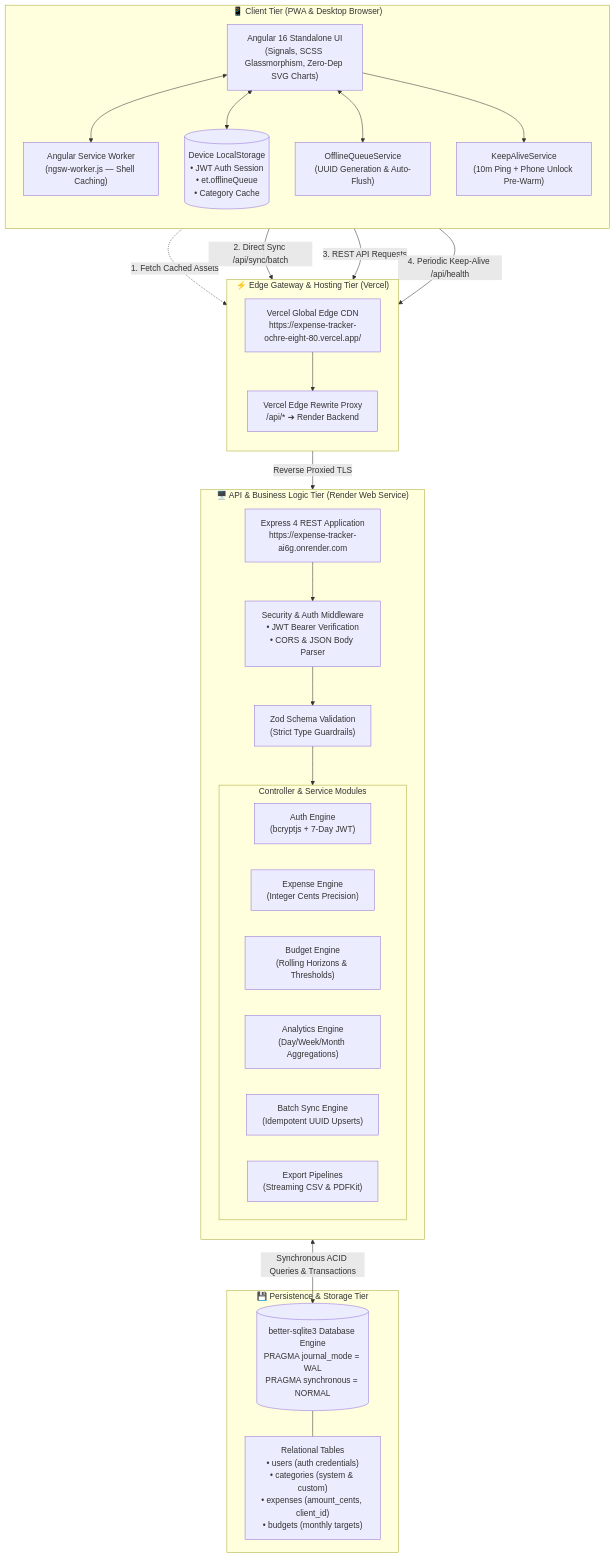
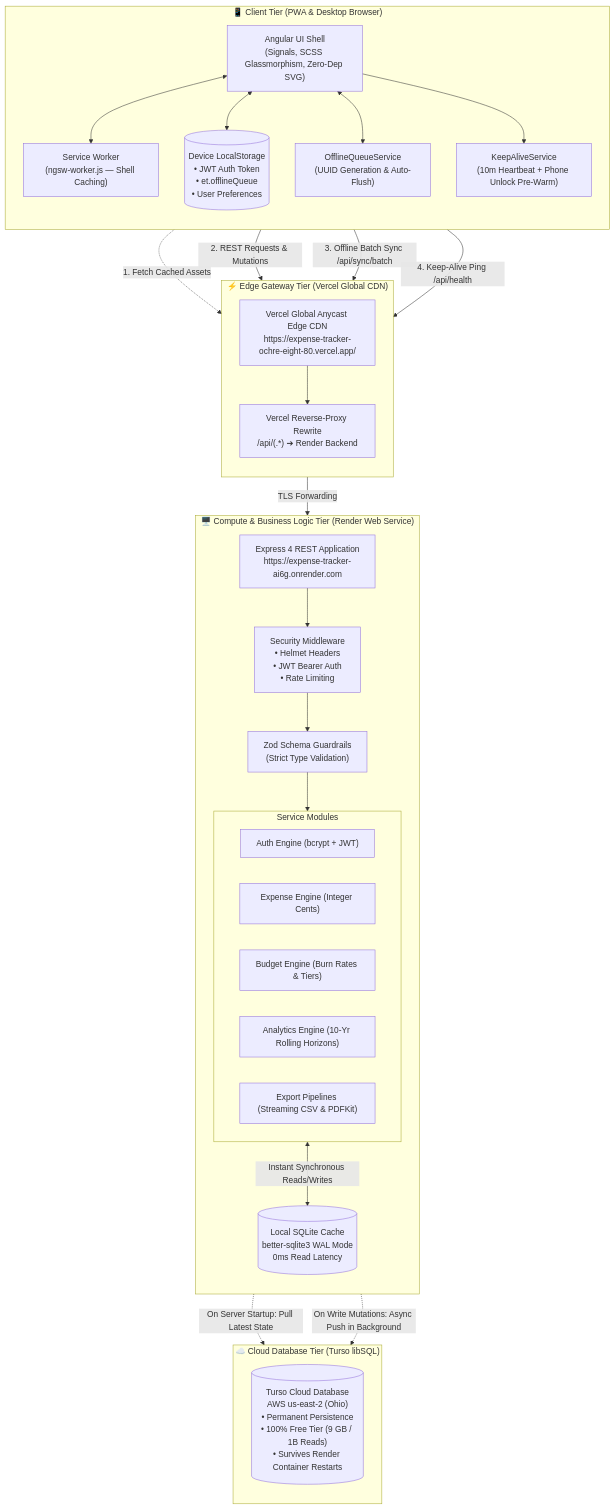
One commit to ravidaliparthy/Expense-Tracker changed the first of 2 diagrams in README.md. Above: the diagram before and after it, drawn with Mermaid. The commit also changed other lines of this file and 1 other file, not shown here.

Commit message:
docs: overhaul READMEs with 4-tier hybrid cloud architecture, Turso integration, and free-tier capacity breakdown

````diff
--- a/README.md
+++ b/README.md
@@ -111,55 +74,59 @@
 ```mermaid
 flowchart TD
     subgraph CLIENT["📱 Client Tier (PWA & Desktop Browser)"]
         direction TB
-        UI["Angular 16 Standalone UI<br/>(Signals, SCSS Glassmorphism, Zero-Dep SVG Charts)"]
-        SW["Angular Service Worker<br/>(ngsw-worker.js — Shell Caching)"]
-        LS[("Device LocalStorage<br/>• JWT Auth Session<br/>• et.offlineQueue<br/>• Category Cache")]
+        UI["Angular UI Shell<br/>(Signals, SCSS Glassmorphism, Zero-Dep SVG)"]
+        SW["Service Worker<br/>(ngsw-worker.js — Shell Caching)"]
+        LS[("Device LocalStorage<br/>• JWT Auth Token<br/>• et.offlineQueue<br/>• User Preferences")]
         OQS["OfflineQueueService<br/>(UUID Generation & Auto-Flush)"]
-        KAS["KeepAliveService<br/>(10m Ping + Phone Unlock Pre-Warm)"]
+        KAS["KeepAliveService<br/>(10m Heartbeat + Phone Unlock Pre-Warm)"]
 
         UI <--> SW
         UI <--> LS
         UI <--> OQS
         UI --> KAS
     end
 
-    subgraph EDGE["⚡ Edge Gateway & Hosting Tier (Vercel)"]
+    subgraph EDGE["⚡ Edge Gateway Tier (Vercel Global CDN)"]
         direction TB
-        V_CDN["Vercel Global Edge CDN<br/>https://expense-tracker-ochre-eight-80.vercel.app/"]
-        V_REWRITE["Vercel Edge Rewrite Proxy<br/>/api/* ➔ Render Backend"]
-        V_CDN --> V_REWRITE
+        V_CDN["Vercel Global Anycast Edge CDN<br/>https://expense-tracker-ochre-eight-80.vercel.app/"]
+        V_PROXY["Vercel Reverse-Proxy Rewrite<br/>/api/(.*) ➔ Render Backend"]
+        V_CDN --> V_PROXY
     end
 
-    subgraph SERVER["🖥️ API & Business Logic Tier (Render Web Service)"]
+    subgraph SERVER["🖥️ Compute & Business Logic Tier (Render Web Service)"]
         direction TB
-        EXP["Express 4 REST Application<br/>https://expense-tracker-ai6g.onrender.com"]
-        MW["Security & Auth Middleware<br/>• JWT Bearer Verification<br/>• CORS & JSON Body Parser"]
-        ZOD["Zod Schema Validation<br/>(Strict Type Guardrails)"]
-        
-        subgraph MODULES["Controller & Service Modules"]
-            AUTH_M["Auth Engine<br/>(bcryptjs + 7-Day JWT)"]
-            EXP_M["Expense Engine<br/>(Integer Cents Precision)"]
-            BUD_M["Budget Engine<br/>(Rolling Horizons & Thresholds)"]
-            ANA_M["Analytics Engine<br/>(Day/Week/Month Aggregations)"]
-            SYNC_M["Batch Sync Engine<br/>(Idempotent UUID Upserts)"]
-            EXP_STR["Export Pipelines<br/>(Streaming CSV & PDFKit)"]
+        API["Express 4 REST Application<br/>https://expense-tracker-ai6g.onrender.com"]
+        MW["Security Middleware<br/>• Helmet Headers<br/>• JWT Bearer Auth<br/>• Rate Limiting"]
+        ZOD["Zod Schema Guardrails<br/>(Strict Type Validation)"]
+
+        subgraph ENGINES["Service Modules"]
+            AUTH["Auth Engine (bcrypt + JWT)"]
+            EXP["Expense Engine (Integer Cents)"]
+            BUD["Budget Engine (Burn Rates & Tiers)"]
+            ANA["Analytics Engine (10-Yr Rolling Horizons)"]
+            EXP_STR["Export Pipelines (Streaming CSV & PDFKit)"]
         end
 
-        EXP --> MW --> ZOD --> MODULES
+        LOCAL_SQLITE[("Local SQLite Cache<br/>better-sqlite3 WAL Mode<br/>0ms Read Latency")]
+
+        API --> MW --> ZOD --> ENGINES
+        ENGINES <-->|Instant Synchronous Reads/Writes| LOCAL_SQLITE
     end
 
-    subgraph DATA["💾 Persistence & Storage Tier"]
-        SQLITE[("better-sqlite3 Database Engine<br/>PRAGMA journal_mode = WAL<br/>PRAGMA synchronous = NORMAL")]
-        TABLES["Relational Tables<br/>• users (auth credentials)<br/>• categories (system & custom)<br/>• expenses (amount_cents, client_id)<br/>• budgets (monthly targets)"]
-        SQLITE --- TABLES
+    subgraph CLOUD_DB["☁️ Cloud Database Tier (Turso libSQL)"]
+        direction TB
+        TURSO[("Turso Cloud Database<br/>AWS us-east-2 (Ohio)<br/>• Permanent Persistence<br/>• 100% Free Tier (9 GB / 1B Reads)<br/>• Survives Render Container Restarts")]
     end
 
     %% Network Connections
     SW -.->|1. Fetch Cached Assets| V_CDN
-    OQS -->|2. Direct Sync /api/sync/batch| V_REWRITE
-    UI -->|3. REST API Requests| V_REWRITE
-    KAS -->|4. Periodic Keep-Alive /api/health| V_REWRITE
-    V_REWRITE -->|Reverse Proxied TLS| EXP
-    MODULES <-->|Synchronous ACID Queries & Transactions| SQLITE
+    UI -->|2. REST Requests & Mutations| V_PROXY
+    OQS -->|3. Offline Batch Sync /api/sync/batch| V_PROXY
+    KAS -->|4. Keep-Alive Ping /api/health| V_PROXY
+    V_PROXY -->|TLS Forwarding| API
+
+    %% Backend to Turso Sync Connections
+    LOCAL_SQLITE -.->|On Server Startup: Pull Latest State| TURSO
+    ENGINES -.->|On Write Mutations: Async Push in Background| TURSO
 ```
````
